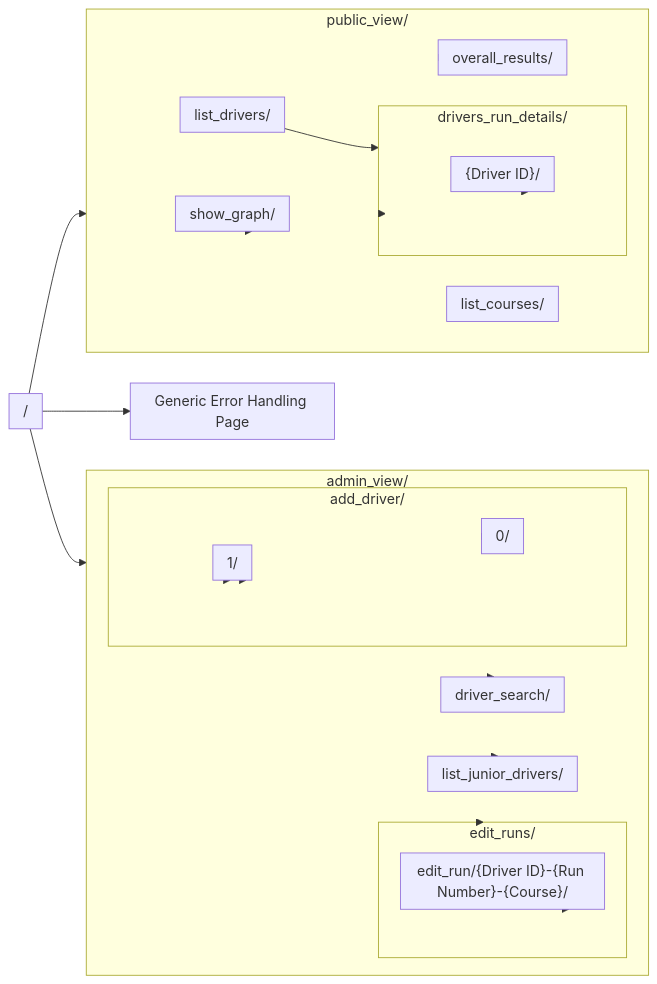
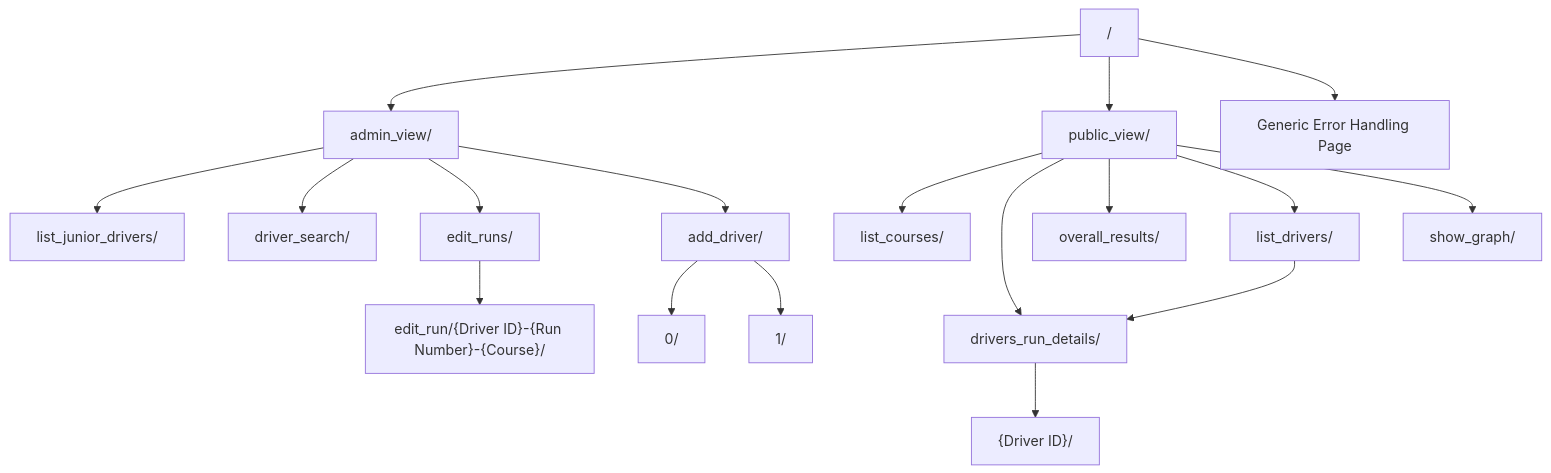
One commit to sinmentis/COMP636_BRMM_Web_App changed the diagram in README.md. Above: the diagram before and after it, drawn with Mermaid.

Commit message:
Update mermaid in README as Github is having bug deal with subgraph

````diff
--- a/README.md
+++ b/README.md
@@ -6,53 +6,46 @@
 ```mermaid
-graph LR
-  subgraph Root["/"]
-  end
-  subgraph Error["Generic Error Handling Page"]
-  end
-  subgraph Admin["admin_view/"]
-    subgraph list_junior_drivers["list_junior_drivers/"]
-    end
-    subgraph driver_search["driver_search/"]
-    end
-    subgraph edit_runs["edit_runs/"]
-      subgraph edit_run["edit_run/{Driver ID}-{Run Number}-{Course}/"]
-      end
-    end
-    subgraph add_driver["add_driver/"]
-      subgraph Caregiver["0/"]
-      end
-      subgraph Junior["1/"]
-      end
-    end
-  end
-  subgraph Public["public_view/"]
-    subgraph list_courses["list_courses/"]
-    end
-    subgraph drivers_run_details["drivers_run_details/"]
-      subgraph DriverID["{Driver ID}/"]
-      end
-    end
-    subgraph list_drivers["list_drivers/"]
-    end
-    subgraph overall_results["overall_results/"]
-    end
-    subgraph show_graph["show_graph/"]
-    end
-  end
-  Root --> Admin
-  Root --> Error
-  Admin --> list_junior_drivers
-  Admin --> driver_search
-  Admin --> edit_runs
-  edit_runs --> edit_run
-  Admin --> add_driver
-  add_driver --> Caregiver
-  add_driver --> Junior
-  list_drivers --> drivers_run_details
-  Root --> Public
-  Public --> list_courses
-  Public --> drivers_run_details
-  drivers_run_details --> DriverID
-  Public --> overall_results
-  Public --> show_graph
+graph TD;
+    root["/"];
+    genericErrorHandlingPage["Generic Error Handling Page"];
+    adminView["admin_view/"];
+    listJuniorDrivers["list_junior_drivers/"];
+    driverSearch["driver_search/"];
+    editRuns["edit_runs/"];
+    addDriver["add_driver/"];
+    caregiver["0/"];
+    editRun["edit_run/{Driver ID}-{Run Number}-{Course}/"];
+    driverID["{Driver ID}/"];
+    junior["1/"];
+    publicView["public_view/"];
+    listCourses["list_courses/"];
+    driversRunDetails["drivers_run_details/"];
+    listDrivers["list_drivers/"];
+    overallResults["overall_results/"];
+    showGraph["show_graph/"];
+
+    root --> adminView;
+    root --> publicView;
+    root --> genericErrorHandlingPage;
+
+
+    adminView --> listJuniorDrivers;
+    adminView --> driverSearch;
+    adminView --> editRuns;
+    adminView --> addDriver;
+
+    editRuns --> editRun;
+
+    addDriver --> caregiver;
+    addDriver --> junior;
+
+
+    publicView --> listCourses;
+    publicView --> driversRunDetails;
+    publicView --> overallResults;
+    publicView --> listDrivers;
+    publicView --> showGraph;
+
+    listDrivers --> driversRunDetails;
+
+    driversRunDetails --> driverID;
 ```
````
